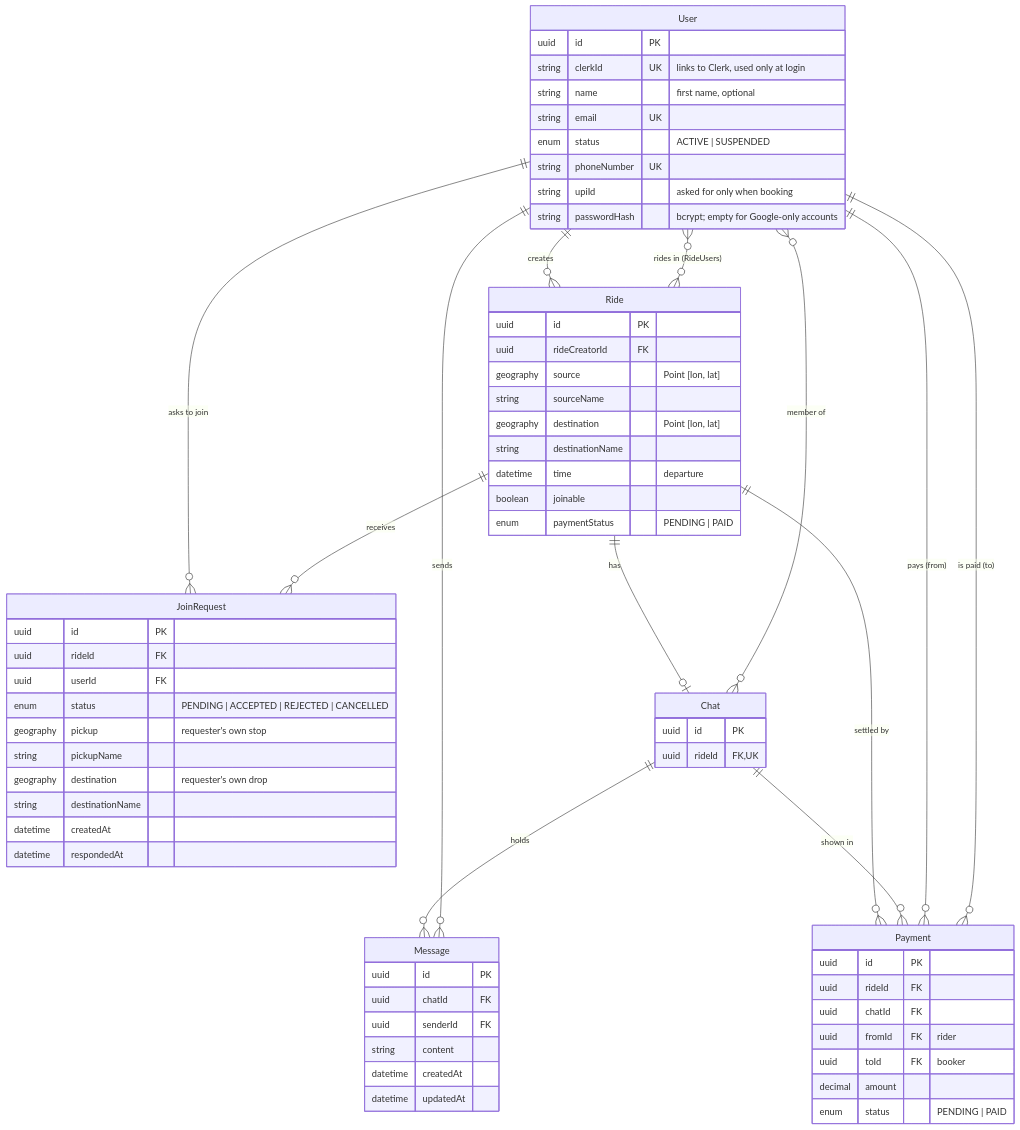
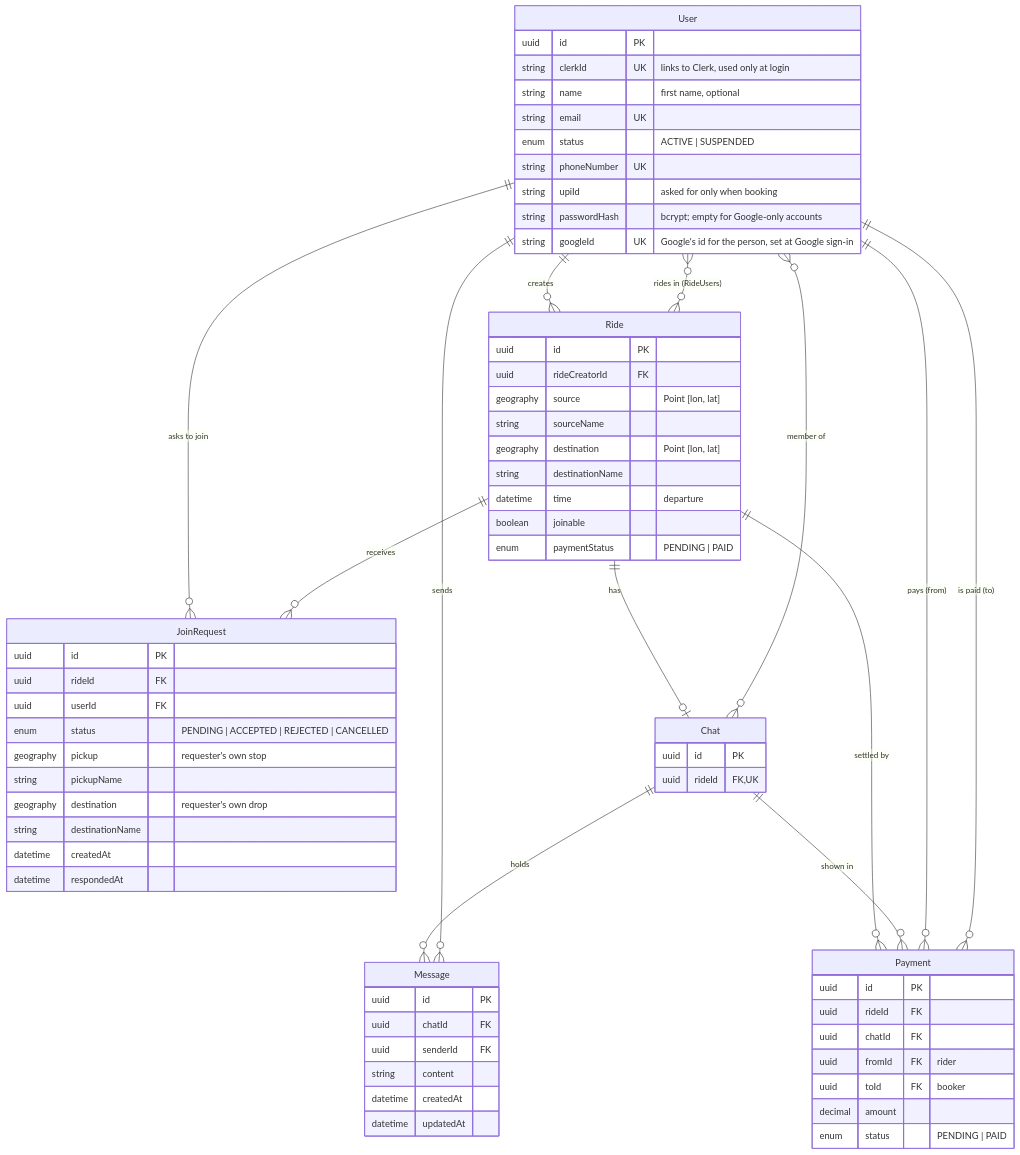
Diagram 14 of 14 in README.md (yatinsingh2007/HopShare), drawn with Mermaid before and after one commit. The commit also changed other lines of this file and 2 other files, not shown here.

Commit message:
feat(server): add User.googleId for our own Google sign-in
- googleId String? @unique: Google's id for the person (ID token sub)
- Migration 20261120150000_user_google_id adds the column and a unique
  index (applied to the Neon dev DB)
- README: schema diagram and migrations table

````diff
--- a/README.md
+++ b/README.md
@@ -478,76 +478,77 @@
 ```mermaid
 erDiagram
     User ||--o{ Ride : "creates"
     User }o--o{ Ride : "rides in (RideUsers)"
     User ||--o{ JoinRequest : "asks to join"
     Ride ||--o{ JoinRequest : "receives"
     Ride ||--o| Chat : "has"
     User }o--o{ Chat : "member of"
     Chat ||--o{ Message : "holds"
     User ||--o{ Message : "sends"
     Ride ||--o{ Payment : "settled by"
     Chat ||--o{ Payment : "shown in"
     User ||--o{ Payment : "pays (from)"
     User ||--o{ Payment : "is paid (to)"
 
     User {
         uuid id PK
         string clerkId UK "links to Clerk, used only at login"
         string name "first name, optional"
         string email UK
         enum status "ACTIVE | SUSPENDED"
         string phoneNumber UK
         string upiId "asked for only when booking"
         string passwordHash "bcrypt; empty for Google-only accounts"
+        string googleId UK "Google's id for the person, set at Google sign-in"
     }
 
 
     Ride {
         uuid id PK
         uuid rideCreatorId FK
         geography source "Point [lon, lat]"
         string sourceName
         geography destination "Point [lon, lat]"
         string destinationName
         datetime time "departure"
         boolean joinable
         enum paymentStatus "PENDING | PAID"
     }
 
     JoinRequest {
         uuid id PK
         uuid rideId FK
         uuid userId FK
         enum status "PENDING | ACCEPTED | REJECTED | CANCELLED"
         geography pickup "requester's own stop"
         string pickupName
         geography destination "requester's own drop"
         string destinationName
         datetime createdAt
         datetime respondedAt
     }
 
     Chat {
         uuid id PK
         uuid rideId FK, UK
     }
 
     Message {
         uuid id PK
         uuid chatId FK
         uuid senderId FK
         string content
         datetime createdAt
         datetime updatedAt
     }
 
     Payment {
         uuid id PK
         uuid rideId FK
         uuid chatId FK
         uuid fromId FK "rider"
         uuid toId FK "booker"
         decimal amount
         enum status "PENDING | PAID"
     }
 ```
````
